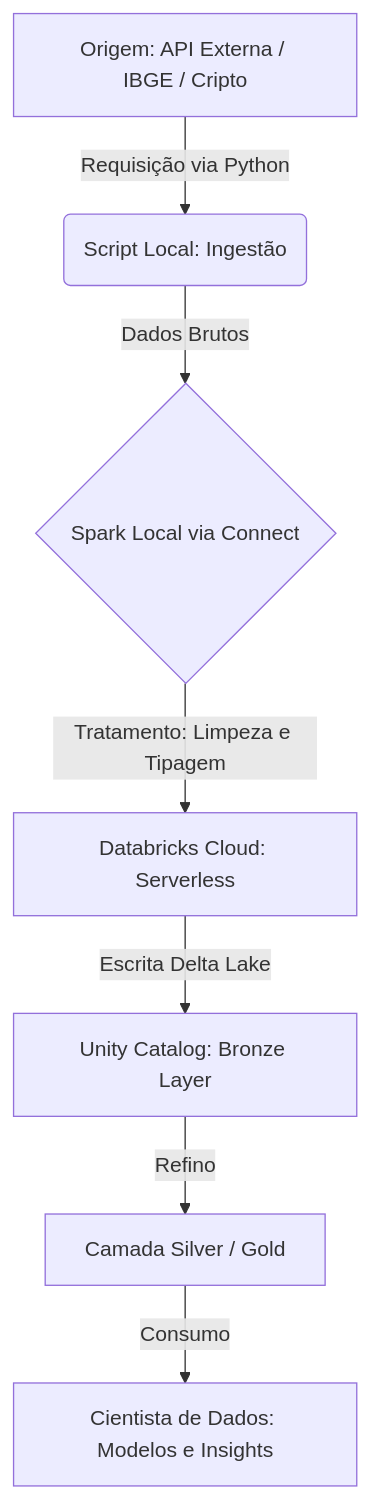
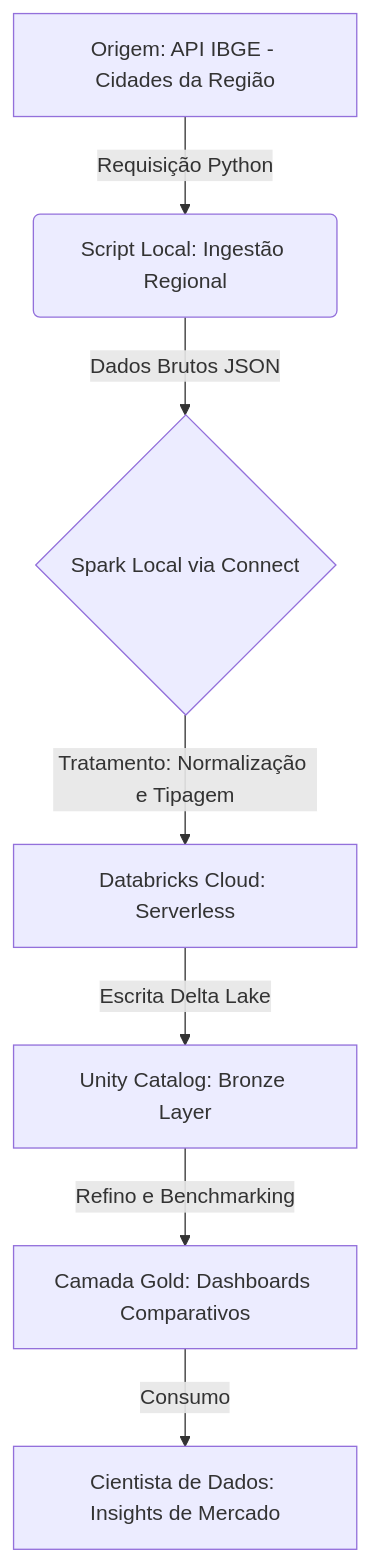
One commit to Rilen/SparkBrick changed the diagram in Linkedin.md. Above: the diagram before and after it, drawn with Mermaid. The commit also changed other lines of this file and 1 other file, not shown here.

````diff
--- a/Linkedin.md
+++ b/Linkedin.md
@@ -29,9 +29,9 @@
 ```mermaid
 graph TD
-    A[Origem: API Externa / IBGE / Cripto] -->|Requisição via Python| B(Script Local: Ingestão)
-    B -->|Dados Brutos| C{Spark Local via Connect}
-    C -->|Tratamento: Limpeza e Tipagem| D[Databricks Cloud: Serverless]
+    A[Origem: API IBGE - Cidades da Região] -->|Requisição Python| B(Script Local: Ingestão Regional)
+    B -->|Dados Brutos JSON| C{Spark Local via Connect}
+    C -->|Tratamento: Normalização e Tipagem| D[Databricks Cloud: Serverless]
     D -->|Escrita Delta Lake| E[Unity Catalog: Bronze Layer]
-    E -->|Refino| F[Camada Silver / Gold]
-    F -->|Consumo| G[Cientista de Dados: Modelos e Insights]
+    E -->|Refino e Benchmarking| F[Camada Gold: Dashboards Comparativos]
+    F -->|Consumo| G[Cientista de Dados: Insights de Mercado]
 ```
````
